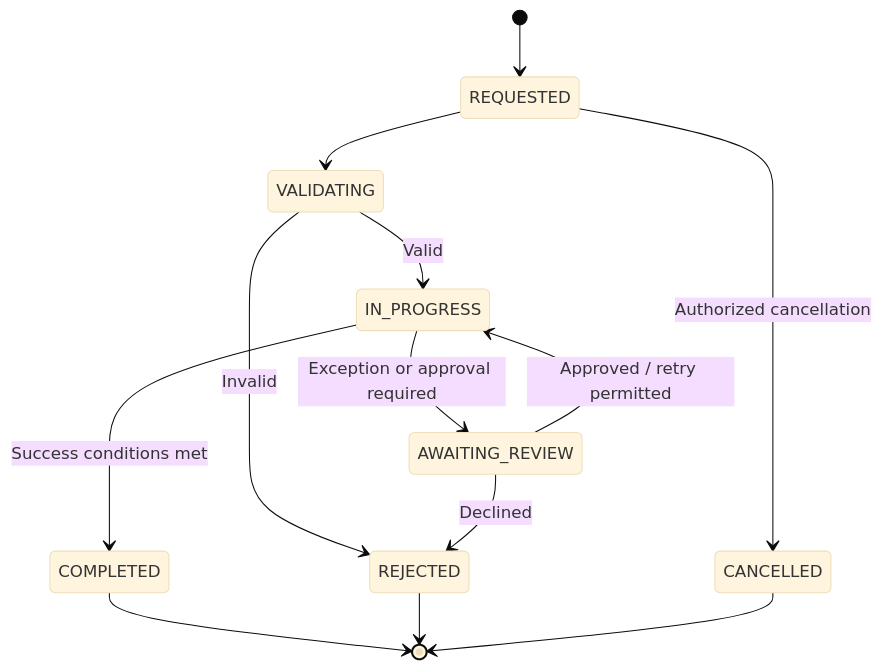
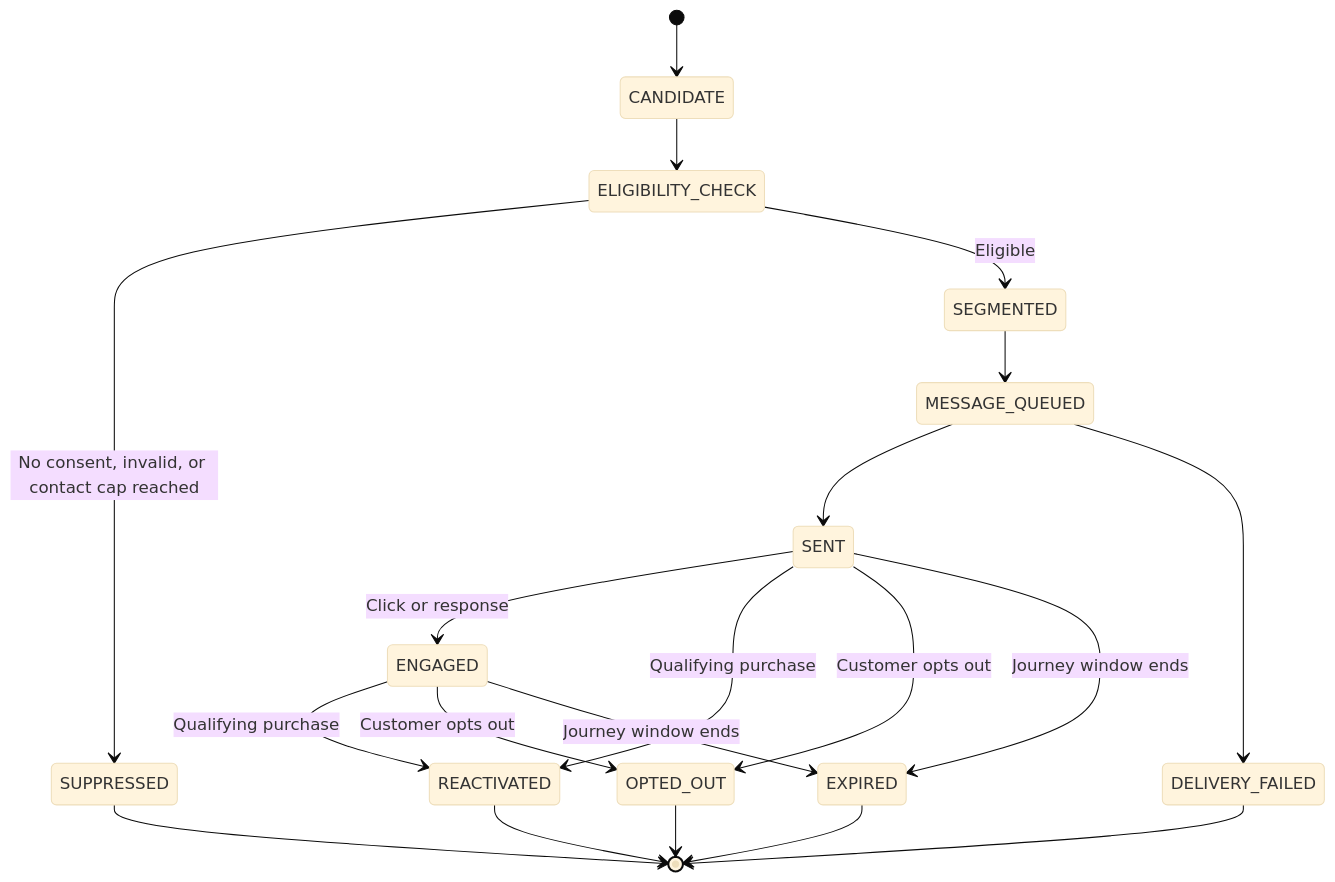
One commit to reviveproject4-source/visual-business-flows changed the third of 3 diagrams in 02-crm-and-customer-retention/dormant-customer-reactivation.md. Above: the diagram before and after it, drawn with Mermaid (base theme). The commit also changed other lines of this file and 14 other files, not shown here.

First line of the commit message:
Align workflow diagrams with business rules and exceptions

````diff
--- a/02-crm-and-customer-retention/dormant-customer-reactivation.md
+++ b/02-crm-and-customer-retention/dormant-customer-reactivation.md
@@ -133,15 +143,22 @@
 ```mermaid
 stateDiagram-v2
-    [*] --> REQUESTED
-    REQUESTED --> VALIDATING
-    VALIDATING --> IN_PROGRESS: Valid
-    VALIDATING --> REJECTED: Invalid
-    IN_PROGRESS --> AWAITING_REVIEW: Exception or approval required
-    AWAITING_REVIEW --> IN_PROGRESS: Approved / retry permitted
-    AWAITING_REVIEW --> REJECTED: Declined
-    IN_PROGRESS --> COMPLETED: Success conditions met
-    REQUESTED --> CANCELLED: Authorized cancellation
-    COMPLETED --> [*]
-    REJECTED --> [*]
-    CANCELLED --> [*]
+    [*] --> CANDIDATE
+    CANDIDATE --> ELIGIBILITY_CHECK
+    ELIGIBILITY_CHECK --> SUPPRESSED: No consent, invalid, or contact cap reached
+    ELIGIBILITY_CHECK --> SEGMENTED: Eligible
+    SEGMENTED --> MESSAGE_QUEUED
+    MESSAGE_QUEUED --> SENT
+    MESSAGE_QUEUED --> DELIVERY_FAILED
+    SENT --> ENGAGED: Click or response
+    SENT --> REACTIVATED: Qualifying purchase
+    ENGAGED --> REACTIVATED: Qualifying purchase
+    SENT --> OPTED_OUT: Customer opts out
+    ENGAGED --> OPTED_OUT: Customer opts out
+    SENT --> EXPIRED: Journey window ends
+    ENGAGED --> EXPIRED: Journey window ends
+    REACTIVATED --> [*]
+    OPTED_OUT --> [*]
+    SUPPRESSED --> [*]
+    DELIVERY_FAILED --> [*]
+    EXPIRED --> [*]
 ```
````
